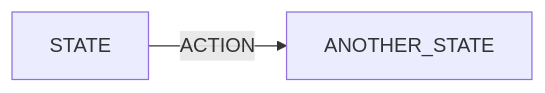
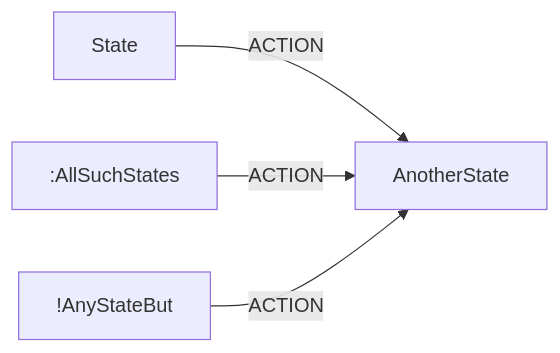
The first of 3 diagrams in packages/tictactoe/notes/current_redux_diagrams.md (magmo/apps), drawn with Mermaid before and after one commit. The commit also changed other lines of this file and 1 other file, not shown here.

````diff
--- a/packages/tictactoe/notes/current_redux_diagrams.md
+++ b/packages/tictactoe/notes/current_redux_diagrams.md
@@ -18,5 +18,7 @@
 ```mermaid
   graph LR
   linkStyle default interpolate basis
-    STATE --> |ACTION| ANOTHER_STATE
+    State--> |ACTION| AnotherState
+    :AllSuchStates --> |ACTION| AnotherState
+    !AnyStateBut --> |ACTION| AnotherState
 ```
````
